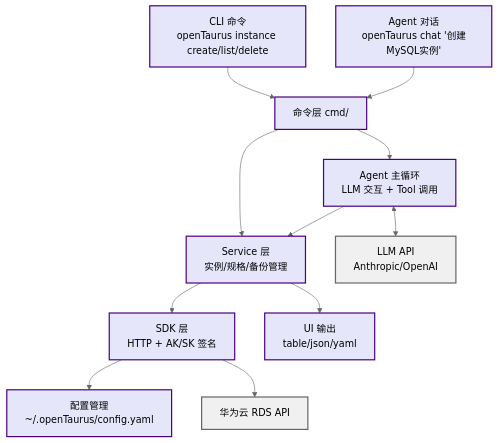
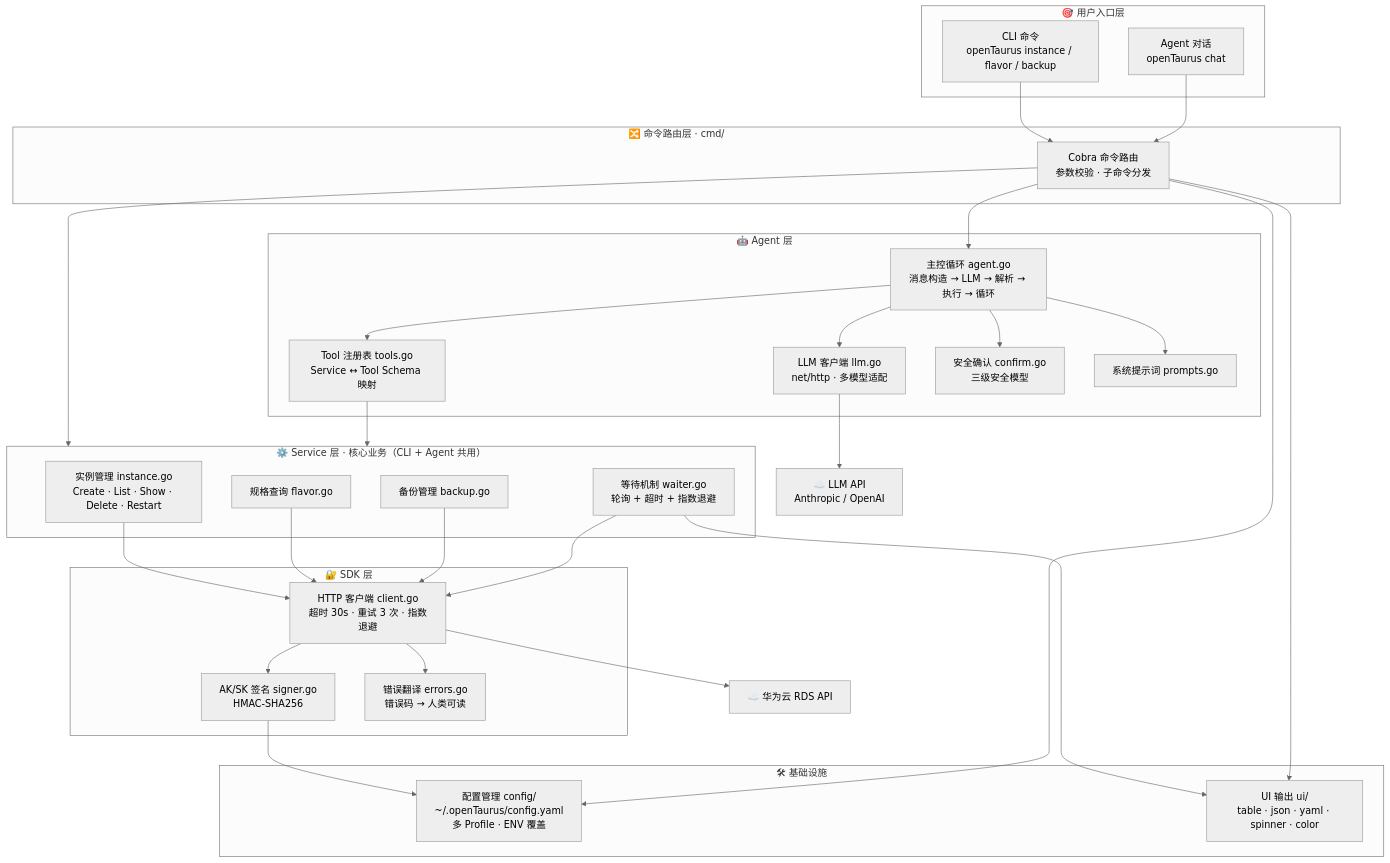
One commit to youweichen0208/blog changed the first of 7 diagrams in docs/projects/opentaurus/requirements.md. Above: the diagram before and after it, drawn with Mermaid (neutral theme). The commit also changed other lines of this file and 1 other file, not shown here.

Commit message:
update for openTaurus structure design

````diff
--- a/docs/projects/opentaurus/requirements.md
+++ b/docs/projects/opentaurus/requirements.md
@@ -152,30 +14,67 @@
 ```mermaid
 graph TB
-    CLI["CLI 命令<br/>openTaurus instance create/list/delete"]
-    CHAT["Agent 对话<br/>openTaurus chat '创建MySQL实例'"]
-    CMD["命令层 cmd/"]
-    AGENT["Agent 主循环<br/>LLM 交互 + Tool 调用"]
-    SERVICE["Service 层<br/>实例/规格/备份管理"]
-    SDK["SDK 层<br/>HTTP + AK/SK 签名"]
-    CONFIG["配置管理<br/>~/.openTaurus/config.yaml"]
-    UI["UI 输出<br/>table/json/yaml"]
-    CLOUD["华为云 RDS API"]
-    LLM["LLM API<br/>Anthropic/OpenAI"]
+    subgraph ENTRY["🎯 用户入口层"]
+        CLI["CLI 命令<br/>openTaurus instance / flavor / backup"]
+        CHAT["Agent 对话<br/>openTaurus chat"]
+    end
+
+    subgraph CMD_LAYER["🔀 命令路由层 · cmd/"]
+        CMD["Cobra 命令路由<br/>参数校验 · 子命令分发"]
+    end
+
+    subgraph AGENT_LAYER["🤖 Agent 层"]
+        AGENT["主控循环 agent.go<br/>消息构造 → LLM → 解析 → 执行 → 循环"]
+        LLM_CLIENT["LLM 客户端 llm.go<br/>net/http · 多模型适配"]
+        TOOLS["Tool 注册表 tools.go<br/>Service ↔ Tool Schema 映射"]
+        CONFIRM["安全确认 confirm.go<br/>三级安全模型"]
+        PROMPT["系统提示词 prompts.go"]
+    end
+
+    subgraph SERVICE_LAYER["⚙️ Service 层 · 核心业务（CLI + Agent 共用）"]
+        SVC_INST["实例管理 instance.go<br/>Create · List · Show · Delete · Restart"]
+        SVC_FLAVOR["规格查询 flavor.go"]
+        SVC_BACKUP["备份管理 backup.go"]
+        SVC_WAITER["等待机制 waiter.go<br/>轮询 + 超时 + 指数退避"]
+    end
+
+    subgraph SDK_LAYER["🔐 SDK 层"]
+        CLIENT["HTTP 客户端 client.go<br/>超时 30s · 重试 3 次 · 指数退避"]
+        SIGNER["AK/SK 签名 signer.go<br/>HMAC-SHA256"]
+        ERRORS["错误翻译 errors.go<br/>错误码 → 人类可读"]
+    end
+
+    subgraph INFRA["🛠 基础设施"]
+        CONFIG["配置管理 config/<br/>~/.openTaurus/config.yaml<br/>多 Profile · ENV 覆盖"]
+        UI_MOD["UI 输出 ui/<br/>table · json · yaml · spinner · color"]
+    end
+
+    LLM_API["☁️ LLM API<br/>Anthropic / OpenAI"]
+    HW_CLOUD["☁️ 华为云 RDS API"]
 
     CLI --> CMD
     CHAT --> CMD
-    CMD --> SERVICE
+    CMD --> SERVICE_LAYER
     CMD --> AGENT
-    AGENT <--> LLM
-    AGENT --> SERVICE
-    SERVICE --> SDK
-    SERVICE --> UI
-    SDK --> CONFIG
-    SDK --> CLOUD
 
-    classDef nodeStyle fill:#E6E6FA,stroke:#4B0082,stroke-width:2px,color:#000
-    classDef cloudStyle fill:#F0F0F0,stroke:#666,stroke-width:2px,color:#000
+    AGENT --> LLM_CLIENT
+    AGENT --> TOOLS
+    AGENT --> CONFIRM
+    AGENT --> PROMPT
+    LLM_CLIENT --> LLM_API
 
-    class CLI,CHAT,CMD,AGENT,SERVICE,SDK,CONFIG,UI nodeStyle
-    class CLOUD,LLM cloudStyle
+    TOOLS --> SERVICE_LAYER
+
+    SVC_INST --> CLIENT
+    SVC_FLAVOR --> CLIENT
+    SVC_BACKUP --> CLIENT
+    SVC_WAITER --> CLIENT
+    SVC_WAITER --> UI_MOD
+
+    CLIENT --> SIGNER
+    CLIENT --> ERRORS
+    SIGNER --> CONFIG
+    CLIENT --> HW_CLOUD
+
+    CMD --> UI_MOD
+    CMD --> CONFIG
 ```
````
